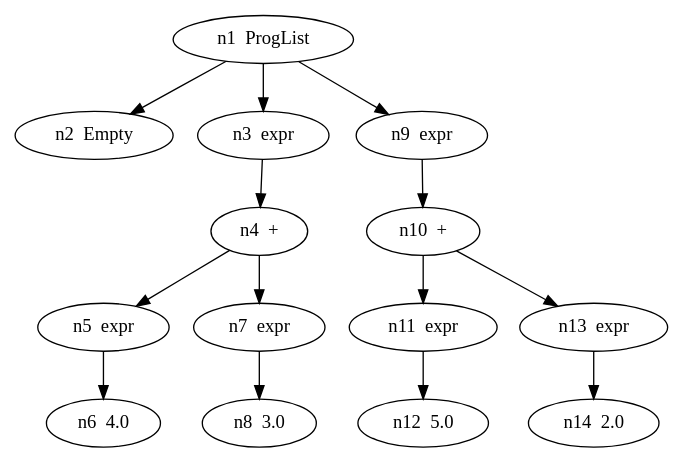
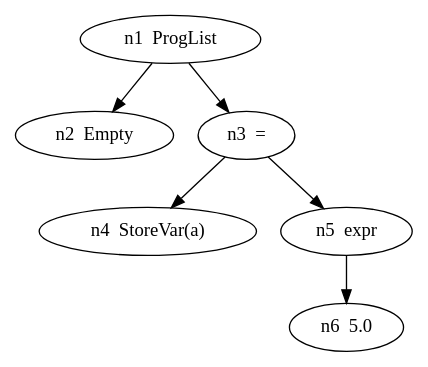
The diagram in AST/ast33.gv (edwinfmesa/hoc), drawn with Graphviz before and after one commit. The commit also changed 29 other files, not shown here.

```diff
--- a/AST/ast33.gv
+++ b/AST/ast33.gv
@@ -1,30 +1,14 @@
 // Compilador
 digraph {
 	n1 [label="n1  ProgList"]
 	n2 [label="n2  Empty"]
 		n1 -> n2
-	n4 [label="n4  +"]
-	n6 [label="n6  4.0"]
+	n3 [label="n3  ="]
+	n4 [label="n4  StoreVar(a)"]
+	n6 [label="n6  5.0"]
 		n5 -> n6
 	n5 [label="n5  expr"]
-	n8 [label="n8  3.0"]
-		n7 -> n8
-	n7 [label="n7  expr"]
-		n4 -> n5
-		n4 -> n7
 		n3 -> n4
-	n3 [label="n3  expr"]
+		n3 -> n5
 		n1 -> n3
-	n10 [label="n10  +"]
-	n12 [label="n12  5.0"]
-		n11 -> n12
-	n11 [label="n11  expr"]
-	n14 [label="n14  2.0"]
-		n13 -> n14
-	n13 [label="n13  expr"]
-		n10 -> n11
-		n10 -> n13
-		n9 -> n10
-	n9 [label="n9  expr"]
-		n1 -> n9
 }
```
